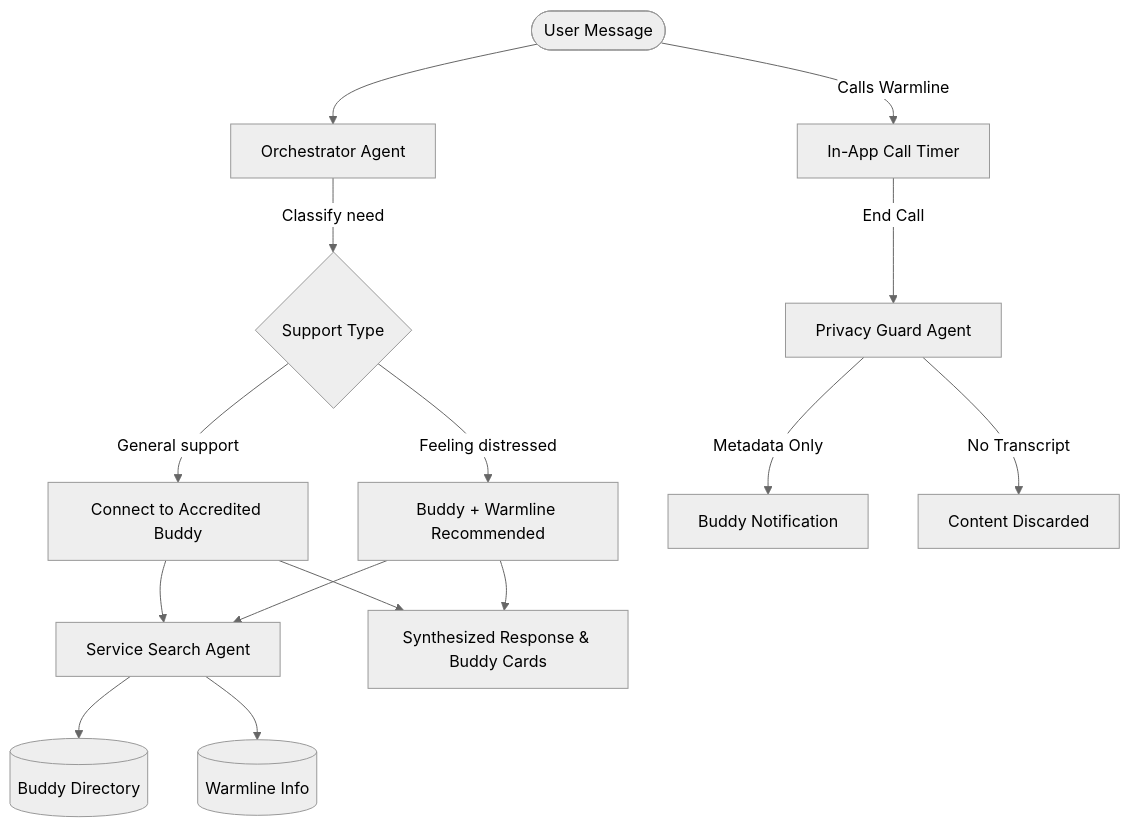
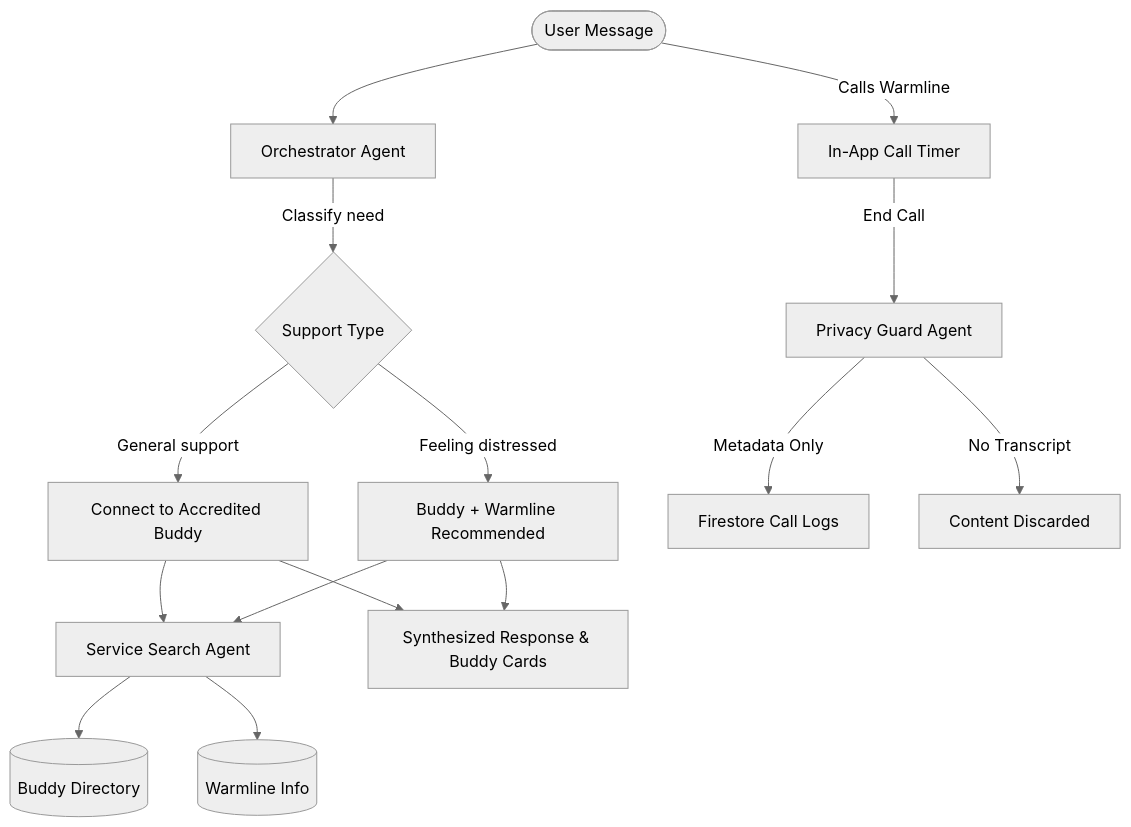
One commit to genidma/kaggle-google-CAPSTONE-june-2026 changed the diagram in README.md. Above: the diagram before and after it, drawn with Mermaid (neutral theme). The commit also changed other lines of this file and 6 other files, not shown here.

Commit message:
feat: major changes: implement JWT-based authentication and Google Cloud Firestore persistence for call logs and user sessions and other changes documented in the walkthrough on pm instance

````diff
--- a/README.md
+++ b/README.md
@@ -26,22 +26,22 @@
 ```mermaid
 graph TD
     User([User Message]) --> Orchestrator[Orchestrator Agent]
 
     Orchestrator -->|Classify need| Analysis{Support Type}
     Analysis -->|General support| Buddy[Connect to Accredited Buddy]
     Analysis -->|Feeling distressed| Both[Buddy + Warmline Recommended]
 
     Buddy --> Search[Service Search Agent]
     Both  --> Search
 
     Search --> BuddyDB[(Buddy Directory)]
     Search --> CrisisDB[(Warmline Info)]
 
     Buddy  --> Response[Synthesized Response & Buddy Cards]
     Both   --> Response
 
     User -->|Calls Warmline| CallTimer[In-App Call Timer]
     CallTimer -->|End Call| PrivacyGuard[Privacy Guard Agent]
-    PrivacyGuard -->|Metadata Only| BuddyNotif[Buddy Notification]
+    PrivacyGuard -->|Metadata Only| BuddyNotif[Firestore Call Logs]
     PrivacyGuard -->|No Transcript| NullStore[Content Discarded]
 ```
````
